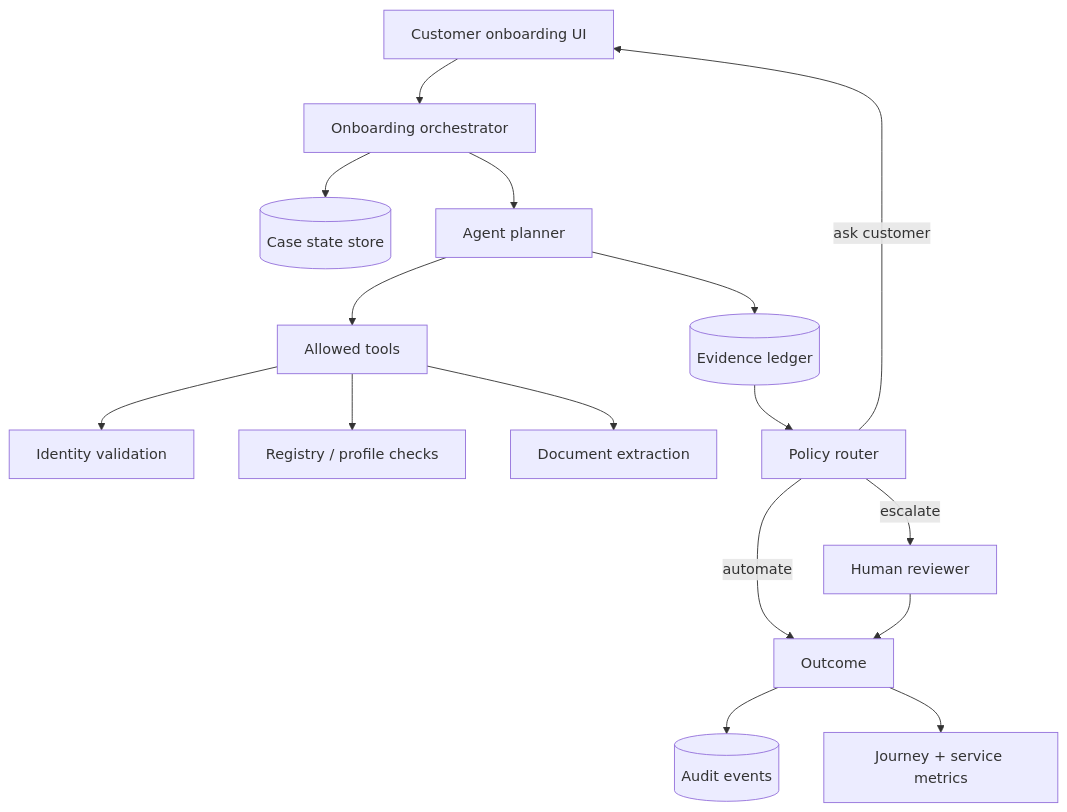
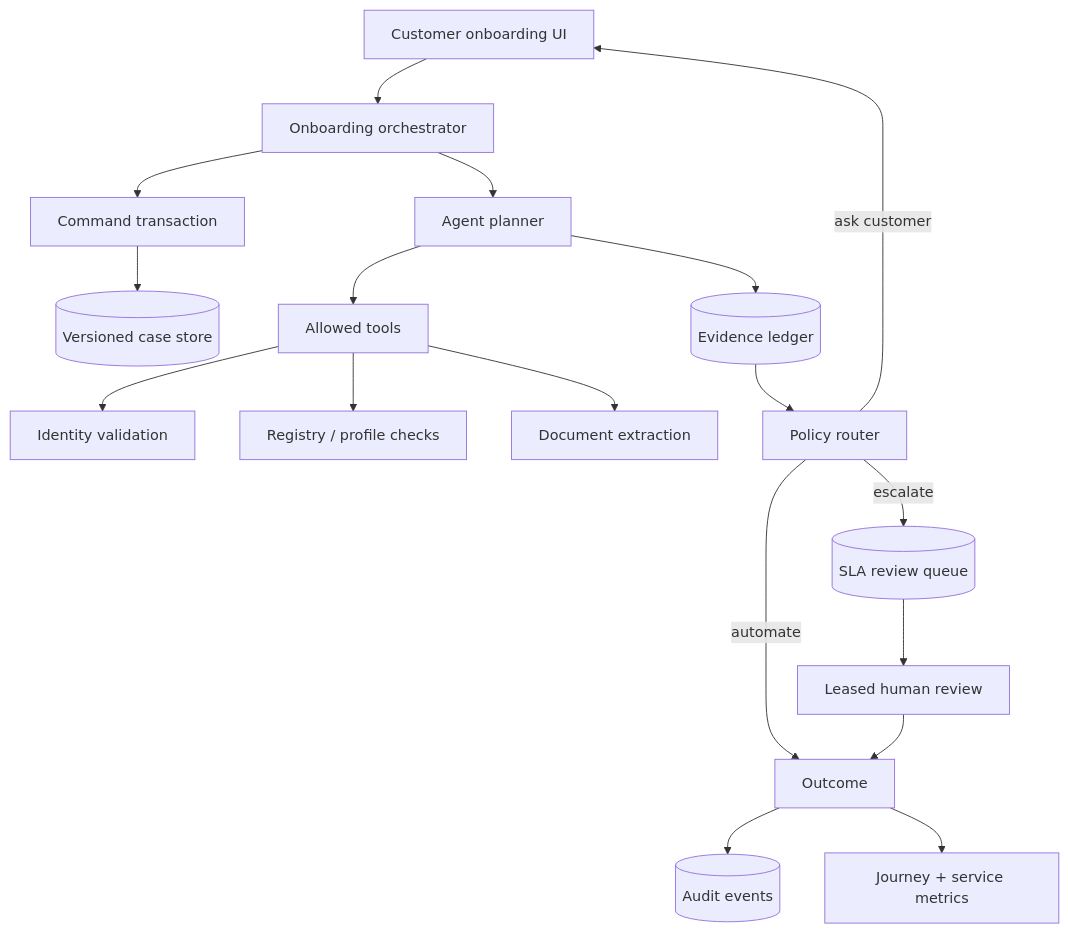
One commit to cagataykavas/agentic-onboarding-lab changed the third of 3 diagrams in README.md. Above: the diagram before and after it, drawn with Mermaid. The commit also changed other lines of this file and 13 other files, not shown here.

First line of the commit message:
Make onboarding commands versioned, idempotent, and review-safe (#1)

````diff
--- a/README.md
+++ b/README.md
@@ -70,18 +70,20 @@
 ```mermaid
 flowchart TB
     UI[Customer onboarding UI] --> ORCH[Onboarding orchestrator]
-    ORCH --> STATE[(Case state store)]
+    ORCH --> TX[Command transaction]
+    TX --> STATE[(Versioned case store)]
     ORCH --> AGENT[Agent planner]
     AGENT --> TOOLS[Allowed tools]
     TOOLS --> ID[Identity validation]
     TOOLS --> REG[Registry / profile checks]
     TOOLS --> DOC[Document extraction]
     AGENT --> EVID[(Evidence ledger)]
     EVID --> POLICY[Policy router]
     POLICY -->|automate| RESULT[Outcome]
     POLICY -->|ask customer| UI
-    POLICY -->|escalate| REVIEW[Human reviewer]
+    POLICY -->|escalate| QUEUE[(SLA review queue)]
+    QUEUE --> REVIEW[Leased human review]
     REVIEW --> RESULT
     RESULT --> AUDIT[(Audit events)]
     RESULT --> OBS[Journey + service metrics]
 ```
````
